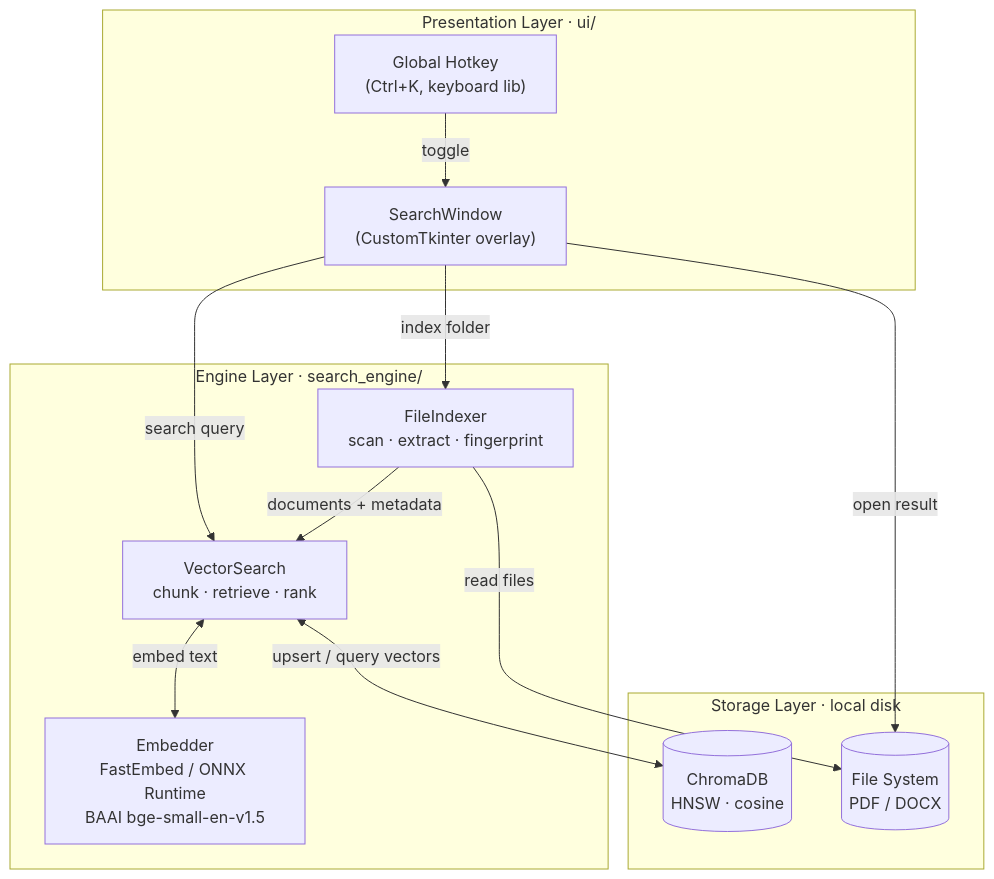
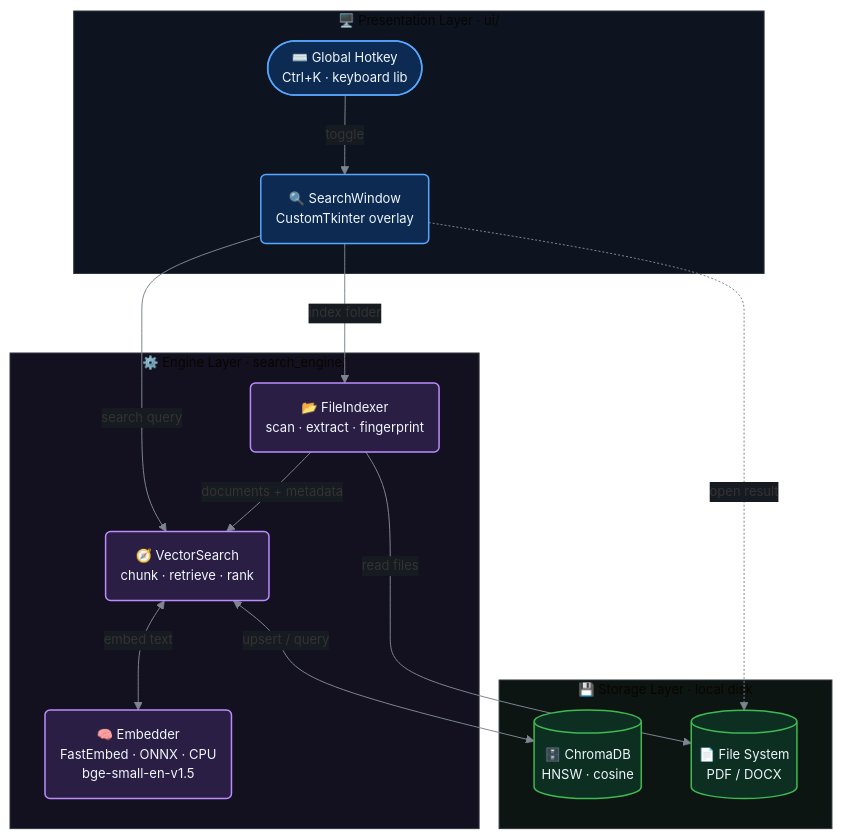
The first of 3 diagrams in README.md (7pk5/ODF), drawn with Mermaid before and after one commit. The commit also changed other lines of this file, not shown here.

````diff
--- a/README.md
+++ b/README.md
@@ -70,27 +70,51 @@
 ```mermaid
+%%{init: {
+  'theme': 'base',
+    'themeCSS': '.node rect, .node circle, .node polygon, .node path { filter: drop-shadow(2px 4px 5px rgba(0,0,0,0.55)); } .cluster rect { filter: drop-shadow(3px 6px 8px rgba(0,0,0,0.45)); } .cluster-label span { color: #e6edf3; font-weight: 600; } .edgeLabel span { color: #adbac7; }',
+  'flowchart': { 'curve': 'basis', 'nodeSpacing': 50, 'rankSpacing': 60 },
+  'themeVariables': {
+    'fontFamily': 'Segoe UI, Helvetica, Arial, sans-serif',
+    'fontSize': '13px',
+    'lineColor': '#7d8590',
+    'textColor': '#adbac7',
+    'edgeLabelBackground': '#161b22',
+    'clusterBorder': '#30363d'
+  }
+}}%%
 flowchart TB
-    subgraph UI["Presentation Layer  ·  ui/"]
-        HK["Global Hotkey<br/>(Ctrl+K, keyboard lib)"]
-        SW["SearchWindow<br/>(CustomTkinter overlay)"]
+    subgraph UI["&nbsp;🖥️ Presentation Layer · ui/&nbsp;"]
+        HK(["⌨️ Global Hotkey<br/>Ctrl+K · keyboard lib"])
+        SW("🔍 SearchWindow<br/>CustomTkinter overlay")
     end
 
-    subgraph ENGINE["Engine Layer  ·  search_engine/"]
-        FI["FileIndexer<br/>scan · extract · fingerprint"]
-        VS["VectorSearch<br/>chunk · retrieve · rank"]
-        EMB["Embedder<br/>FastEmbed / ONNX Runtime<br/>BAAI bge-small-en-v1.5"]
+    subgraph ENGINE["&nbsp;⚙️ Engine Layer · search_engine/&nbsp;"]
+        FI("📂 FileIndexer<br/>scan · extract · fingerprint")
+        VS("🧭 VectorSearch<br/>chunk · retrieve · rank")
+        EMB("🧠 Embedder<br/>FastEmbed · ONNX · CPU<br/>bge-small-en-v1.5")
     end
 
-    subgraph STORAGE["Storage Layer  ·  local disk"]
-        DB[("ChromaDB<br/>HNSW · cosine")]
-        FS[("File System<br/>PDF / DOCX")]
+    subgraph STORAGE["&nbsp;💾 Storage Layer · local disk&nbsp;"]
+        DB[("🗄️ ChromaDB<br/>HNSW · cosine")]
+        FS[("📄 File System<br/>PDF / DOCX")]
     end
 
     HK -->|toggle| SW
-    SW -->|"index folder"| FI
-    SW -->|"search query"| VS
-    FI -->|"read files"| FS
-    FI -->|"documents + metadata"| VS
-    VS <-->|"embed text"| EMB
-    VS <-->|"upsert / query vectors"| DB
-    SW -->|"open result"| FS
+    SW -->|index folder| FI
+    SW -->|search query| VS
+    FI -->|read files| FS
+    FI -->|documents + metadata| VS
+    VS <-->|embed text| EMB
+    VS <-->|upsert / query| DB
+    SW -.->|open result| FS
+
+    classDef uiNode fill:#0d2b52,stroke:#58a6ff,stroke-width:1.5px,color:#f0f6fc
+    classDef engineNode fill:#2a1e45,stroke:#bc8cff,stroke-width:1.5px,color:#f0f6fc
+    classDef storeNode fill:#0c2f21,stroke:#3fb950,stroke-width:1.5px,color:#f0f6fc
+    class HK,SW uiNode
+    class FI,VS,EMB engineNode
+    class DB,FS storeNode
+
+    style UI fill:#0d1420,stroke:#30363d,stroke-width:1px
+    style ENGINE fill:#131020,stroke:#30363d,stroke-width:1px
+    style STORAGE fill:#0c1512,stroke:#30363d,stroke-width:1px
 ```
````
